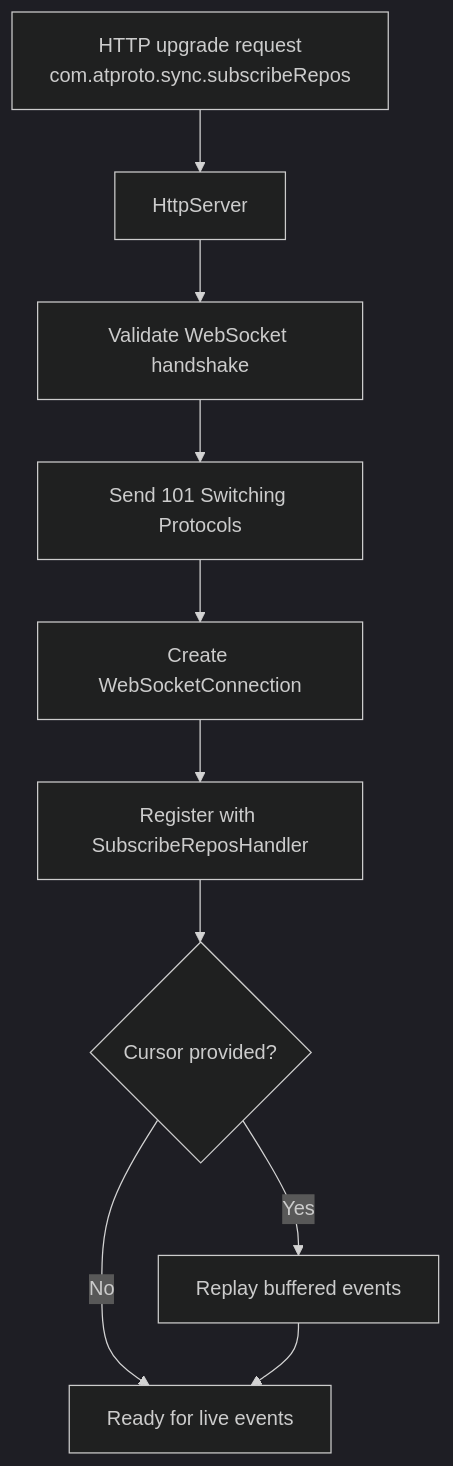
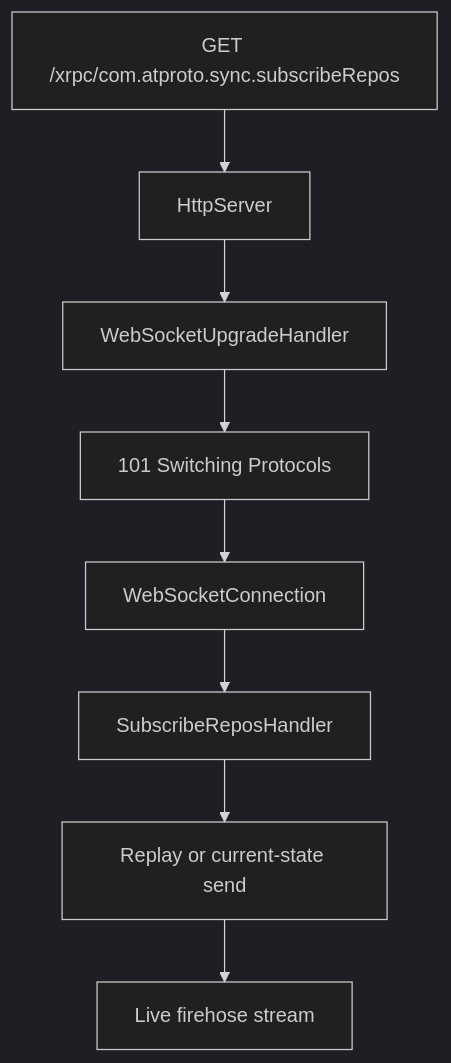
The diagram in docs/08-sync-firehose/websocket-server.md (jvalinsky/garazyk), drawn with Mermaid (dark theme) before and after one commit. The commit also changed other lines of this file and 11 other files, not shown here.

Commit message:
Add HTTP and WebSocket from-scratch docs subguide

````diff
--- a/docs/08-sync-firehose/websocket-server.md
+++ b/docs/08-sync-firehose/websocket-server.md
@@ -20,12 +34,10 @@
 ```mermaid
 flowchart TD
-    request["HTTP upgrade request<br/>com.atproto.sync.subscribeRepos"] --> server["HttpServer"]
-    server --> handshake["Validate WebSocket handshake"]
-    handshake --> accept["Send 101 Switching Protocols"]
-    accept --> connection["Create WebSocketConnection"]
-    connection --> register["Register with SubscribeReposHandler"]
-    register --> cursor{"Cursor provided?"}
-    cursor -- "Yes" --> replay["Replay buffered events"]
-    cursor -- "No" --> live["Ready for live events"]
-    replay --> live
+  Request["GET /xrpc/com.atproto.sync.subscribeRepos"] --> HTTP["HttpServer"]
+  HTTP --> Upgrade["WebSocketUpgradeHandler"]
+  Upgrade --> Switch["101 Switching Protocols"]
+  Switch --> Conn["WebSocketConnection"]
+  Conn --> Handler["SubscribeReposHandler"]
+  Handler --> Replay["Replay or current-state send"]
+  Replay --> Live["Live firehose stream"]
 ```
````
